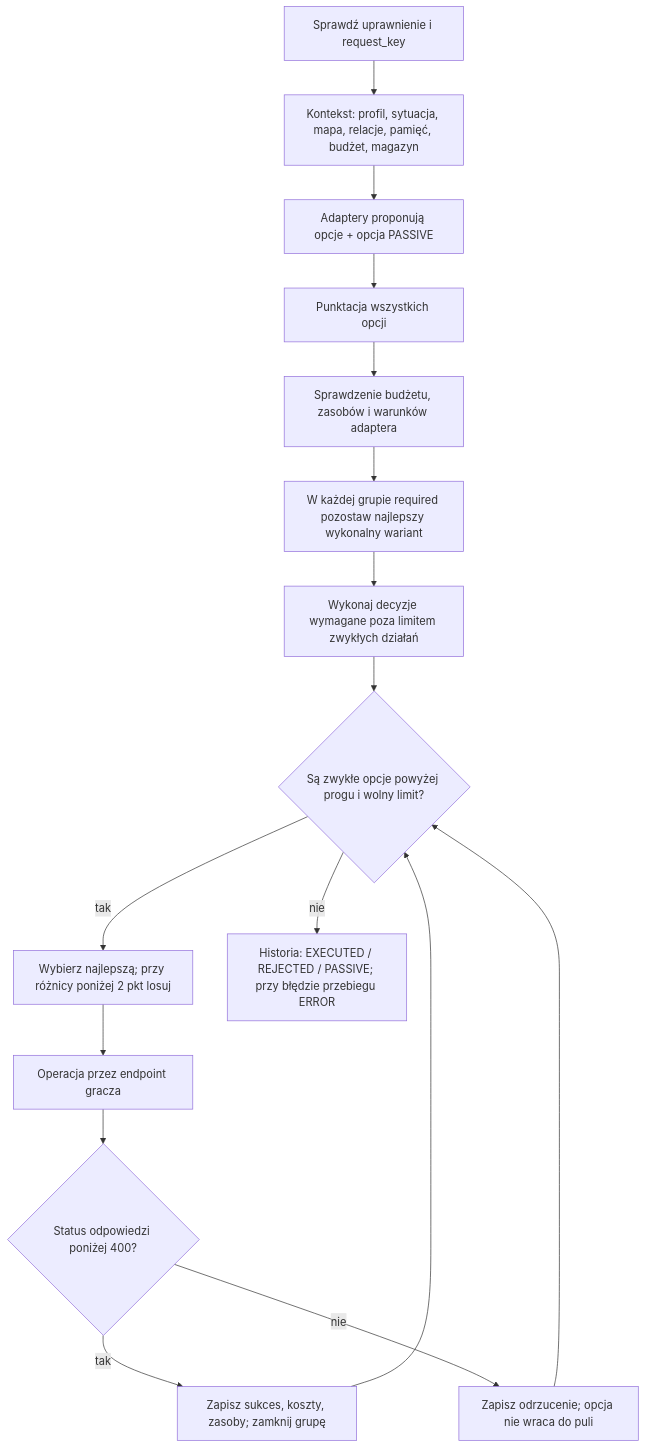
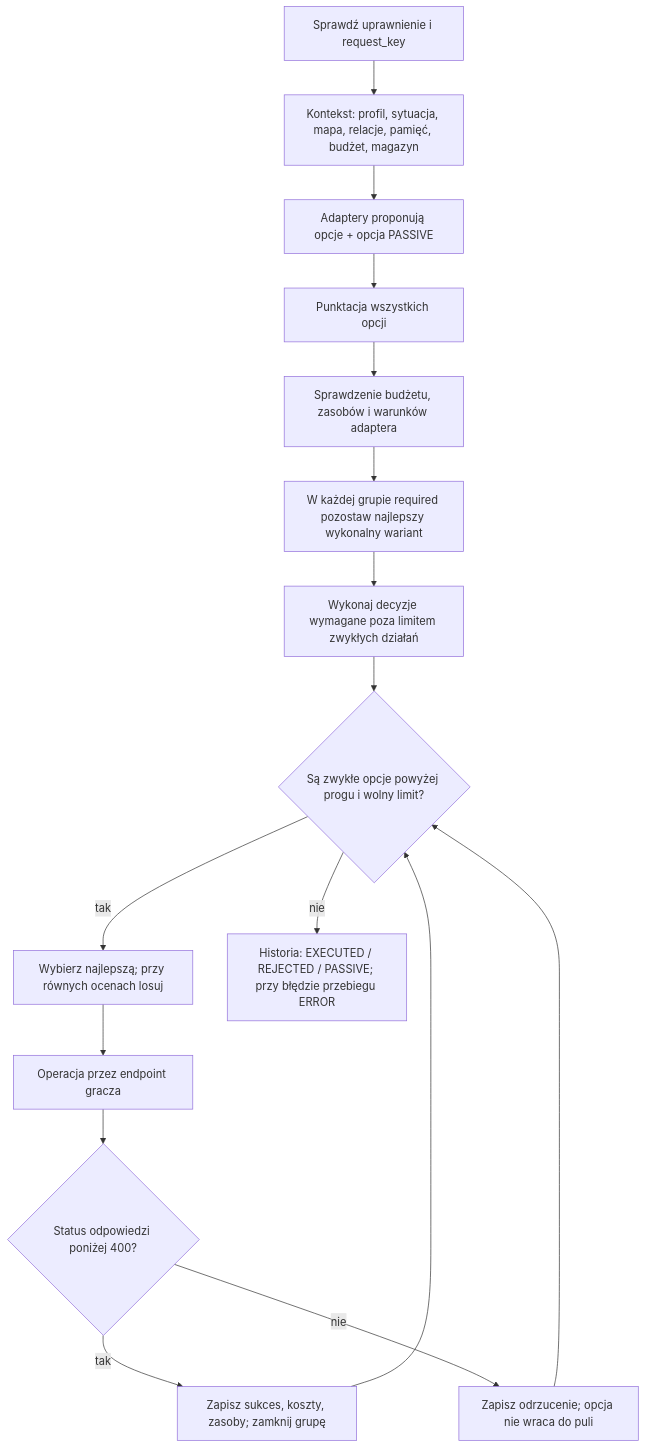
One commit to FungiMiracles/ZEUS changed the second of 4 diagrams in docs/PAGA2_ALGORYTMY.md. Above: the diagram before and after it, drawn with Mermaid. The commit also changed 118 other files, not shown here.

````diff
--- a/docs/PAGA2_ALGORYTMY.md
+++ b/docs/PAGA2_ALGORYTMY.md
@@ -36,18 +36,18 @@
 ```mermaid
 flowchart TD
  A[Sprawdź uprawnienie i request_key] --> B[Kontekst: profil, sytuacja, mapa, relacje, pamięć, budżet, magazyn]
  B --> C[Adaptery proponują opcje + opcja PASSIVE]
  C --> D[Punktacja wszystkich opcji]
  D --> E[Sprawdzenie budżetu, zasobów i warunków adaptera]
  E --> F[W każdej grupie required pozostaw najlepszy wykonalny wariant]
  F --> R[Wykonaj decyzje wymagane poza limitem zwykłych działań]
  R --> P{Są zwykłe opcje powyżej progu i wolny limit?}
- P -->|tak| W[Wybierz najlepszą; przy różnicy poniżej 2 pkt losuj]
+ P -->|tak| W[Wybierz najlepszą; przy równych ocenach losuj]
  W --> X[Operacja przez endpoint gracza]
  X --> Y{Status odpowiedzi poniżej 400?}
  Y -->|tak| Z[Zapisz sukces, koszty, zasoby; zamknij grupę]
  Y -->|nie| V[Zapisz odrzucenie; opcja nie wraca do puli]
  Z --> P
  V --> P
  P -->|nie| H[Historia: EXECUTED / REJECTED / PASSIVE; przy błędzie przebiegu ERROR]
 ```
````
